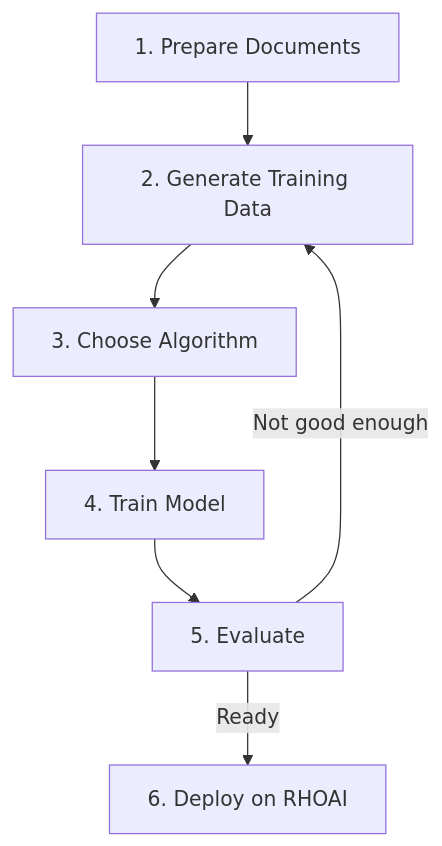
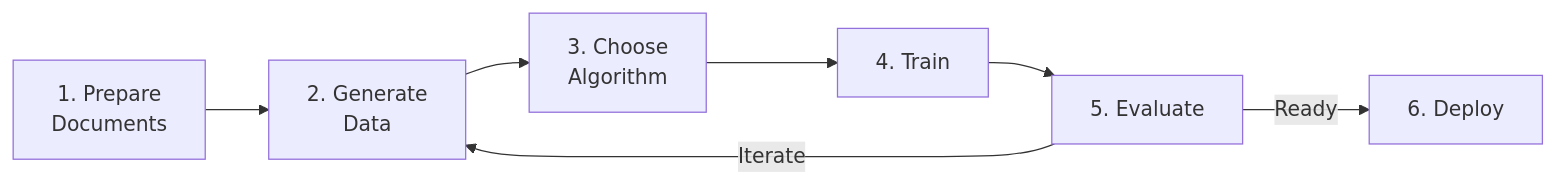
The diagram in docs/getting-started/overview.md (rrbanda/rhoai), drawn with Mermaid before and after one commit. The commit also changed 5 other files, not shown here.

First line of the commit message:
fix: switch all mermaid flowcharts to LR layout, constrain height

````diff
--- a/docs/getting-started/overview.md
+++ b/docs/getting-started/overview.md
@@ -49,9 +49,9 @@
 ```mermaid
-graph TD
-    A[1. Prepare Documents] --> B[2. Generate Training Data]
-    B --> C[3. Choose Algorithm]
-    C --> D[4. Train Model]
+graph LR
+    A[1. Prepare<br/>Documents] --> B[2. Generate<br/>Data]
+    B --> C[3. Choose<br/>Algorithm]
+    C --> D[4. Train]
     D --> E[5. Evaluate]
-    E -->|"Not good enough"| B
-    E -->|"Ready"| F[6. Deploy on RHOAI]
+    E -->|Iterate| B
+    E -->|Ready| F[6. Deploy]
 ```
````
